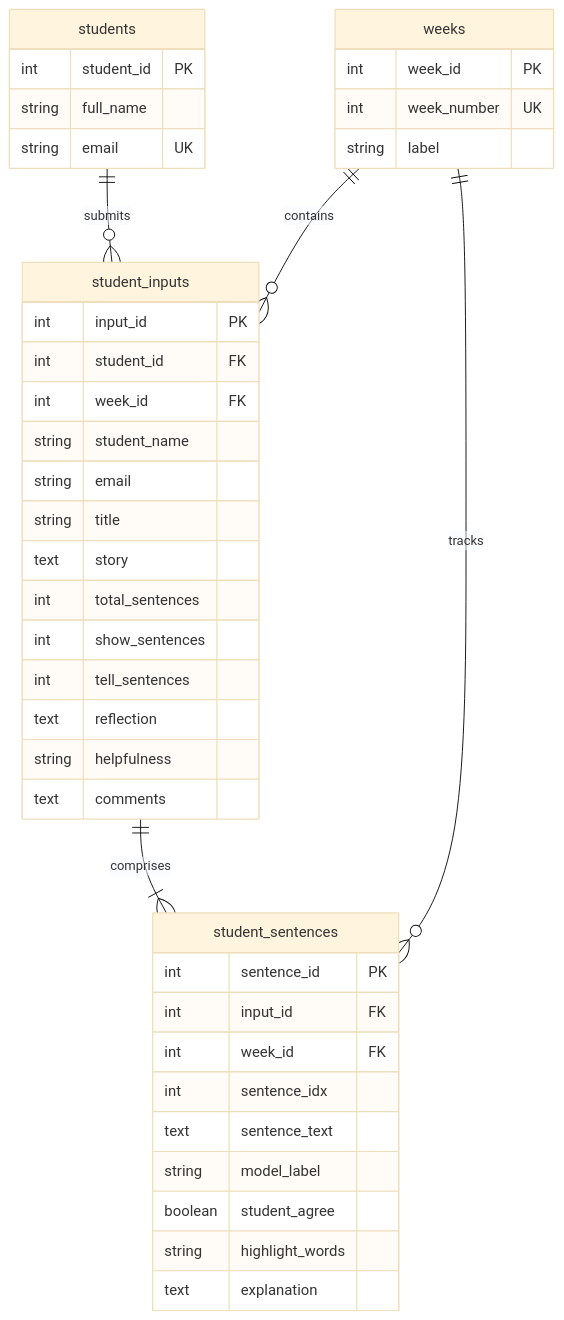
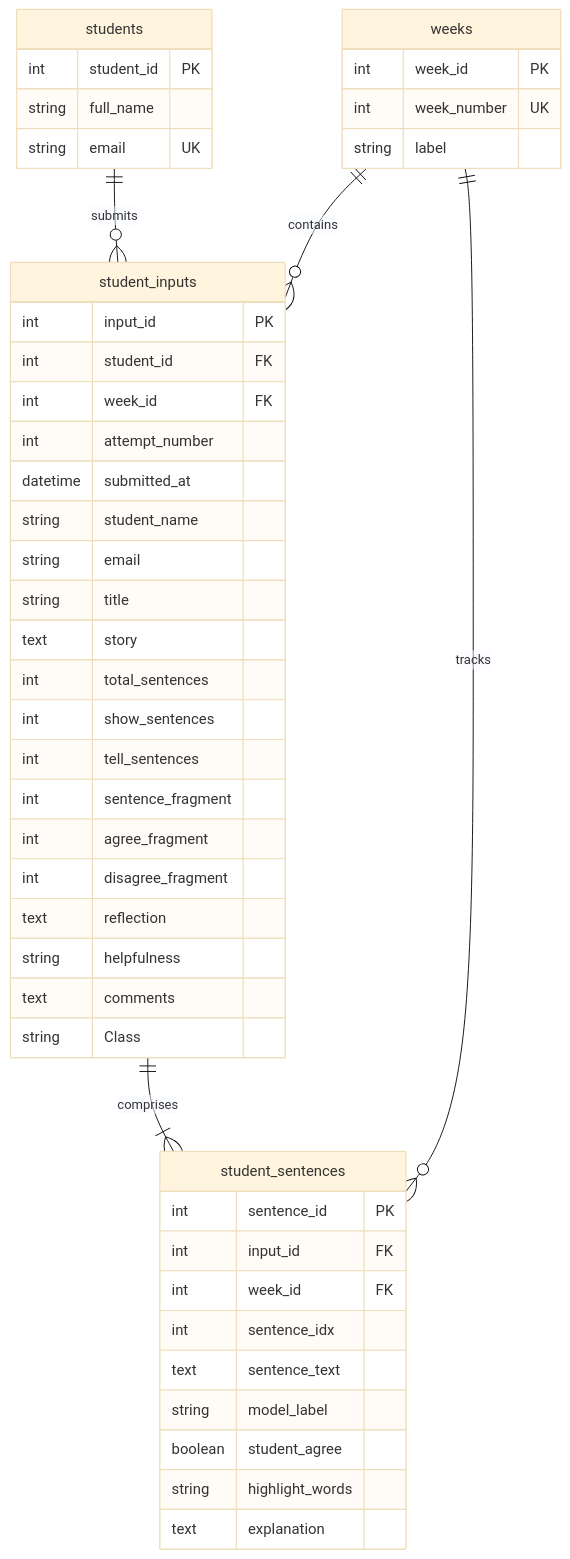
One commit to supakitboon/Data-Story-Reading-App changed the diagram in README.md. Above: the diagram before and after it, drawn with Mermaid (base theme). The commit also changed other lines of this file and 4 other files, not shown here.

````diff
--- a/README.md
+++ b/README.md
@@ -155,47 +155,53 @@
 ```mermaid
 erDiagram
     students ||--o{ student_inputs : "submits"
     weeks ||--o{ student_inputs : "contains"
     weeks ||--o{ student_sentences : "tracks"
     student_inputs ||--|{ student_sentences : "comprises"
 
     students {
         int student_id PK
         string full_name
         string email UK
     }
 
     weeks {
         int week_id PK
         int week_number UK
         string label
     }
 
     student_inputs {
         int input_id PK
         int student_id FK
         int week_id FK
+        int attempt_number
+        datetime submitted_at
         string student_name
         string email
         string title
         text story
         int total_sentences
         int show_sentences
         int tell_sentences
+        int sentence_fragment
+        int agree_fragment
+        int disagree_fragment
         text reflection
         string helpfulness
         text comments
+        string Class
     }
 
     student_sentences {
         int sentence_id PK
         int input_id FK
         int week_id FK
         int sentence_idx
         text sentence_text
         string model_label
         boolean student_agree
         string highlight_words
         text explanation
     }
 ```
````
